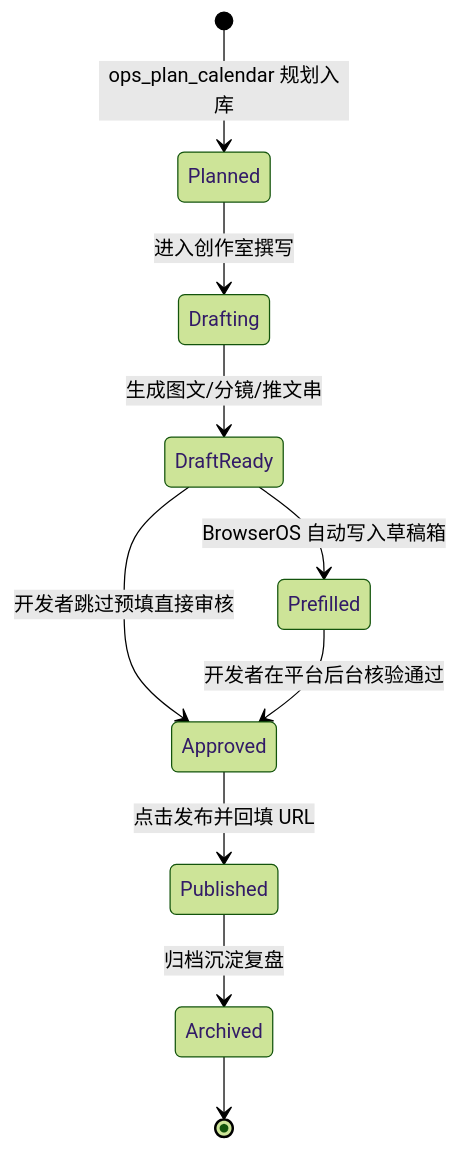
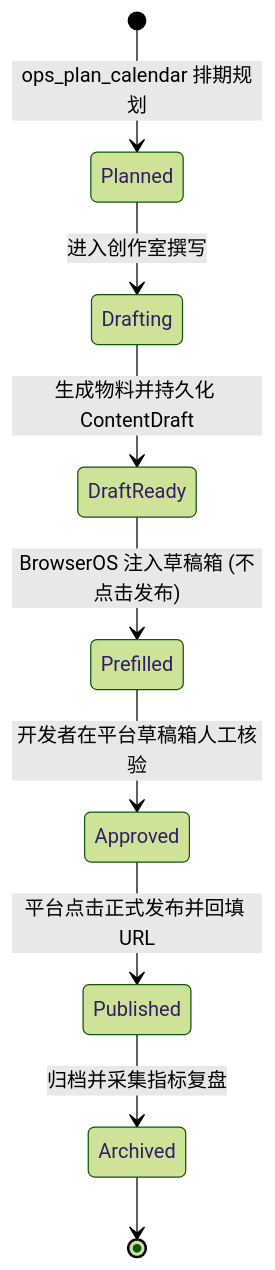
Before and after one commit to InJoysAI/dsh-growth-studio: the second of 2 diagrams in docs/technical_architecture.md, drawn with Mermaid (forest theme). The commit also changed other lines of this file and 13 other files, not shown here.

````diff
--- a/docs/technical_architecture.md
+++ b/docs/technical_architecture.md
@@ -632,12 +444,11 @@
 ```mermaid
 stateDiagram-v2
-    [*] --> Planned: ops_plan_calendar 规划入库
+    [*] --> Planned: ops_plan_calendar 排期规划
     Planned --> Drafting: 进入创作室撰写
-    Drafting --> DraftReady: 生成图文/分镜/推文串
-    DraftReady --> Prefilled: BrowserOS 自动写入草稿箱
-    DraftReady --> Approved: 开发者跳过预填直接审核
-    Prefilled --> Approved: 开发者在平台后台核验通过
-    Approved --> Published: 点击发布并回填 URL
-    Published --> Archived: 归档沉淀复盘
+    Drafting --> DraftReady: 生成物料并持久化 ContentDraft
+    DraftReady --> Prefilled: BrowserOS 注入草稿箱 (不点击发布)
+    Prefilled --> Approved: 开发者在平台草稿箱人工核验
+    Approved --> Published: 平台点击正式发布并回填 URL
+    Published --> Archived: 归档并采集指标复盘
     Archived --> [*]
 ```
````
